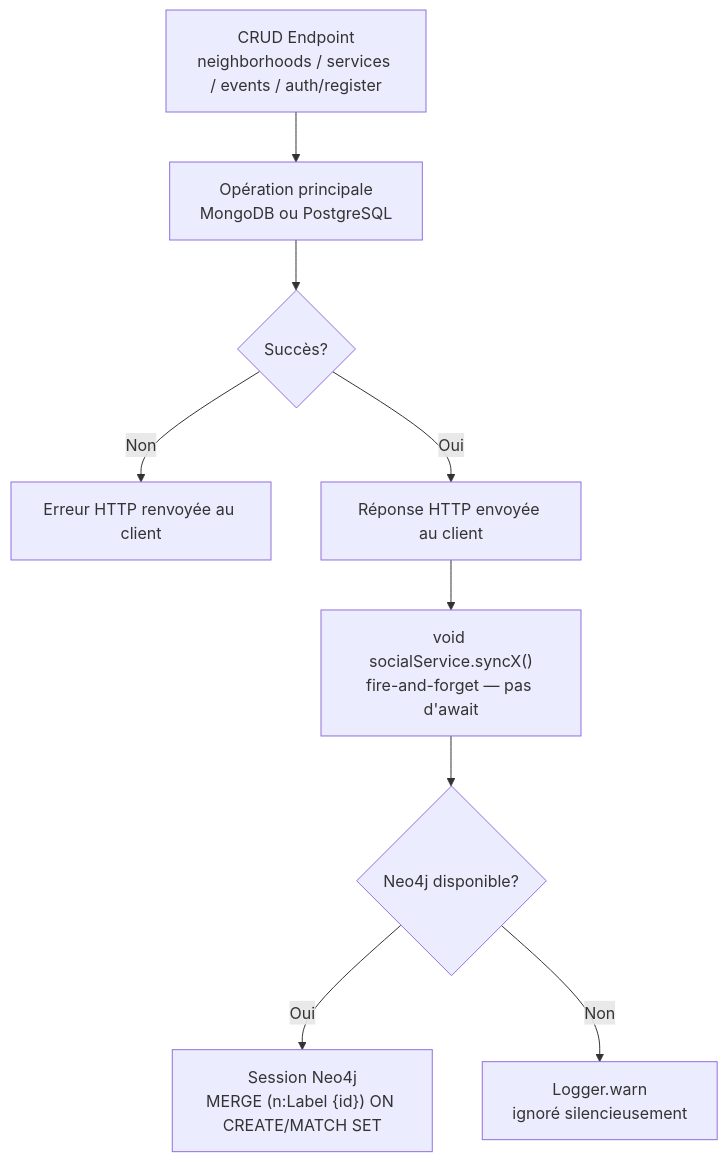
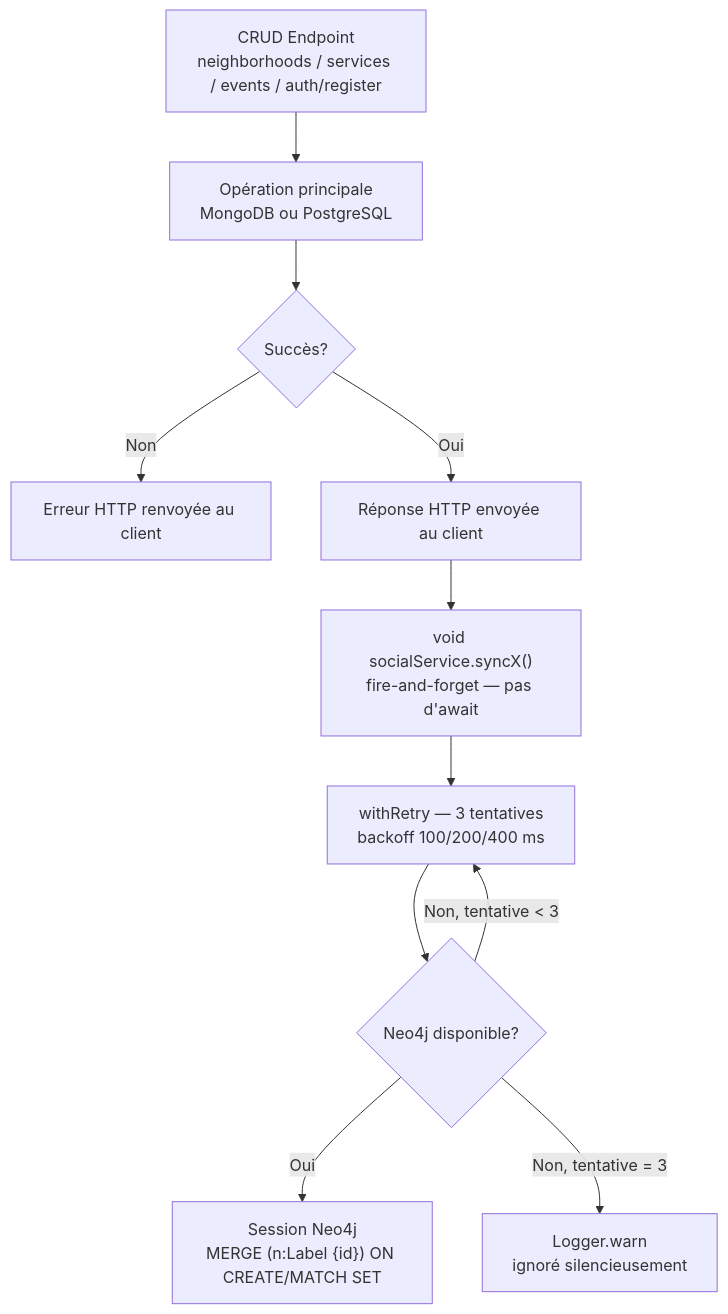
The ninth of 16 diagrams in docs/ARCHITECTURE.md (creibaud/QuartierConnect), drawn with Mermaid before and after one commit. The commit also changed other lines of this file and 5 other files, not shown here.

Commit message:
feat(social): implement retry logic for Neo4j operations with exponential backoff

````diff
--- a/docs/ARCHITECTURE.md
+++ b/docs/ARCHITECTURE.md
@@ -361,11 +361,13 @@
 ```mermaid
 flowchart TD
     A["CRUD Endpoint<br/>neighborhoods / services / events / auth/register"] --> B["Opération principale<br/>MongoDB ou PostgreSQL"]
     B --> C{Succès?}
     C -->|Non| D[Erreur HTTP renvoyée au client]
     C -->|Oui| E[Réponse HTTP envoyée au client]
     E --> F["void socialService.syncX()<br/>fire-and-forget — pas d'await"]
-    F --> G{Neo4j disponible?}
+    F --> R["withRetry — 3 tentatives<br/>backoff 100/200/400 ms"]
+    R --> G{Neo4j disponible?}
     G -->|Oui| H["Session Neo4j<br/>MERGE (n:Label {id}) ON CREATE/MATCH SET"]
-    G -->|Non| I["Logger.warn<br/>ignoré silencieusement"]
+    G -->|Non, tentative < 3| R
+    G -->|Non, tentative = 3| I["Logger.warn<br/>ignoré silencieusement"]
 ```
````
